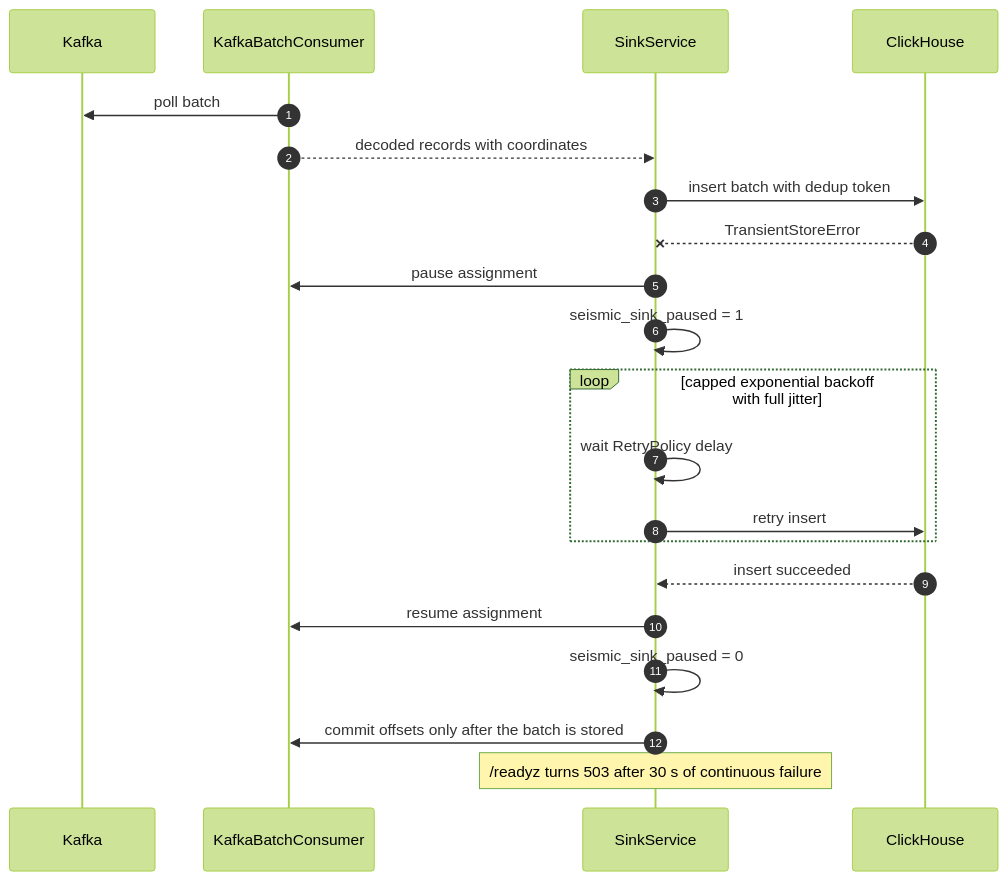
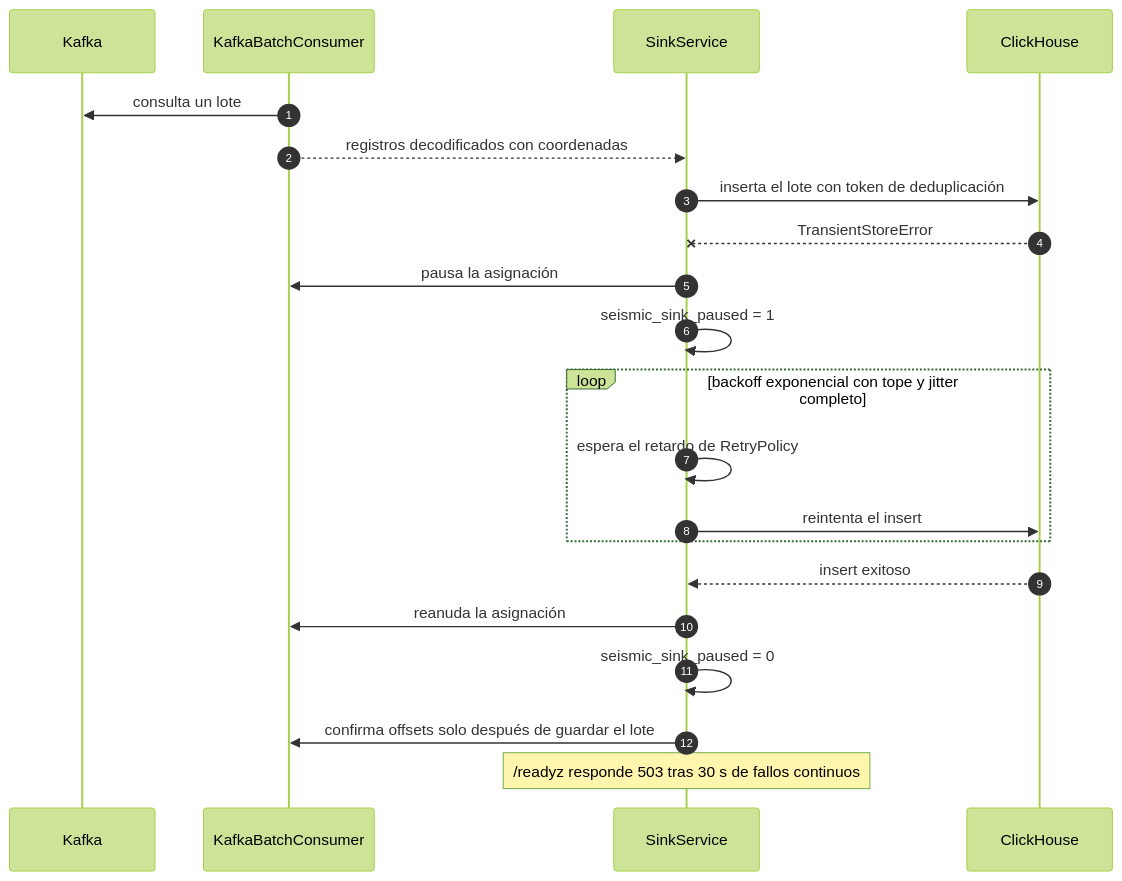
The second of 2 diagrams in docs/ARCHITECTURE.md (Eduardo12Pacheco/sismos-en-tiempo-real), drawn with Mermaid (forest theme) before and after one commit. The commit also changed other lines of this file, not shown here.

First line of the commit message:
docs(architecture): translate the architecture document to Spanish

````diff
--- a/docs/ARCHITECTURE.md
+++ b/docs/ARCHITECTURE.md
@@ -96,23 +75,23 @@
 ```mermaid
 sequenceDiagram
   autonumber
   participant K as Kafka
   participant C as KafkaBatchConsumer
   participant S as SinkService
   participant CH as ClickHouse
-  C->>K: poll batch
-  C-->>S: decoded records with coordinates
-  S->>CH: insert batch with dedup token
+  C->>K: consulta un lote
+  C-->>S: registros decodificados con coordenadas
+  S->>CH: inserta el lote con token de deduplicación
   CH--xS: TransientStoreError
-  S->>C: pause assignment
+  S->>C: pausa la asignación
   S->>S: seismic_sink_paused = 1
-  loop capped exponential backoff with full jitter
-    S->>S: wait RetryPolicy delay
-    S->>CH: retry insert
+  loop backoff exponencial con tope y jitter completo
+    S->>S: espera el retardo de RetryPolicy
+    S->>CH: reintenta el insert
   end
-  CH-->>S: insert succeeded
-  S->>C: resume assignment
+  CH-->>S: insert exitoso
+  S->>C: reanuda la asignación
   S->>S: seismic_sink_paused = 0
-  S->>C: commit offsets only after the batch is stored
-  Note over S: /readyz turns 503 after 30 s of continuous failure
+  S->>C: confirma offsets solo después de guardar el lote
+  Note over S: /readyz responde 503 tras 30 s de fallos continuos
 ```
````
